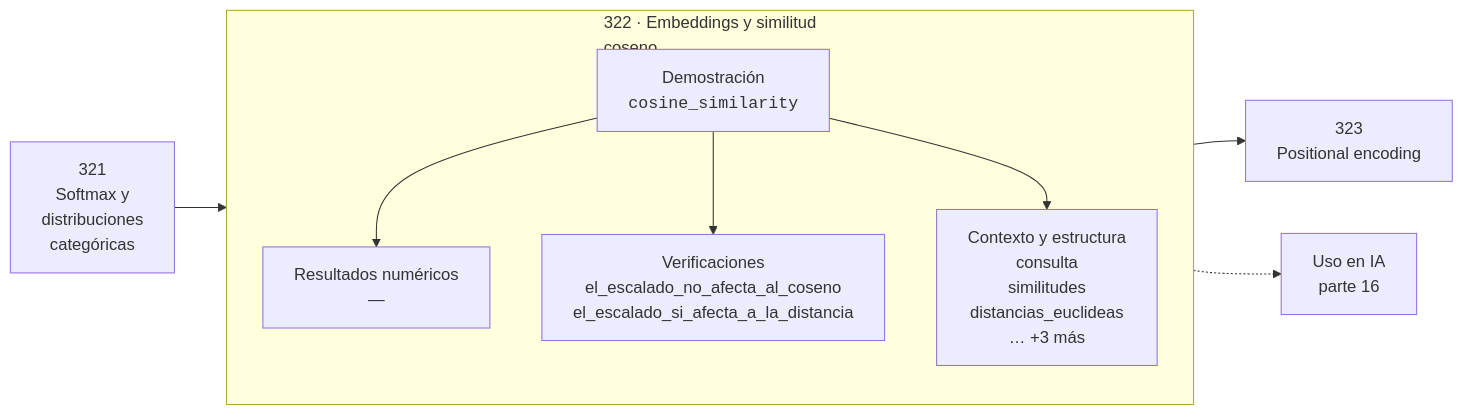
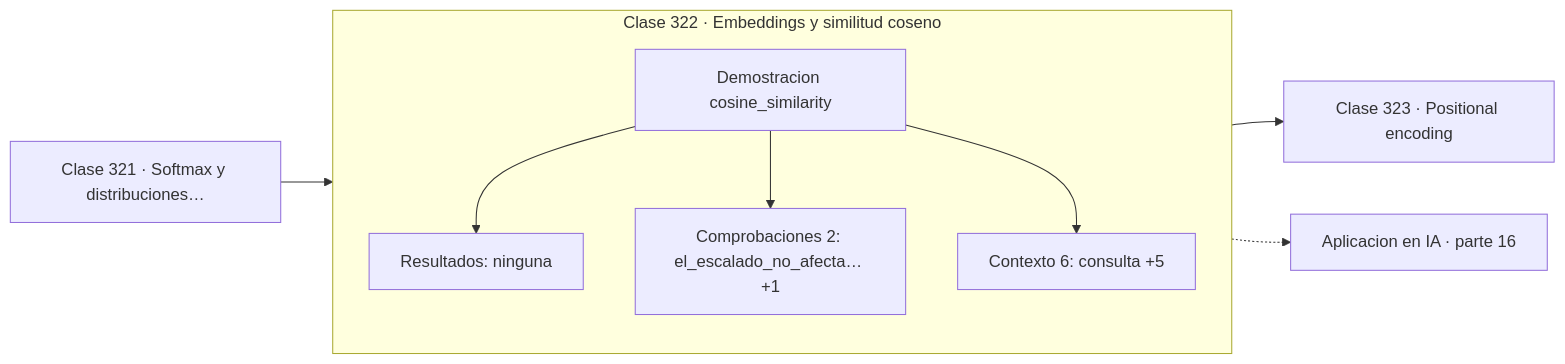
One commit to vladimiracunadev-create/computational-mathematics-program changed the diagram in classes/part-16-matematica-de-transformers-modelos-generativos-grafos-y-rl/322-embeddings-y-similitud-coseno/README.md. Above: the diagram before and after it, drawn with Mermaid. The commit also changed 389 other files, not shown here.

First line of the commit message:
fix(diagramas): elimina el HTML de las etiquetas Mermaid

````diff
--- a/classes/part-16-matematica-de-transformers-modelos-generativos-grafos-y-rl/322-embeddings-y-similitud-coseno/README.md
+++ b/classes/part-16-matematica-de-transformers-modelos-generativos-grafos-y-rl/322-embeddings-y-similitud-coseno/README.md
@@ -30,12 +30,13 @@
 ```mermaid
 flowchart LR
-    P["321<br/>Softmax y<br/>distribuciones<br/>categóricas"] --> C
-    subgraph C["322 · Embeddings y similitud<br/>coseno"]
+    P["Clase 321 · Softmax y distribuciones…"] --> D
+    subgraph CLASE["Clase 322 · Embeddings y similitud coseno"]
         direction TB
-        D["Demostración<br/><code>cosine_similarity</code>"] --> R["Resultados numéricos<br/>—"]
-        D --> V["Verificaciones<br/>el_escalado_no_afecta_al_coseno<br/>el_escalado_si_afecta_a_la_distancia"]
-        D --> O["Contexto y estructura<br/>consulta<br/>similitudes<br/>distancias_euclideas<br/>… +3 más"]
+        D["Demostracion cosine_similarity"]
+        D --> R["Resultados: ninguna"]
+        D --> V["Comprobaciones 2: el_escalado_no_afecta… +1"]
+        D --> O["Contexto 6: consulta +5"]
     end
-    C --> N["323<br/>Positional encoding"]
-    C -.-> IA["Uso en IA<br/>parte 16"]
+    R --> N["Clase 323 · Positional encoding"]
+    V -.-> IA["Aplicacion en IA · parte 16"]
 ```
````
